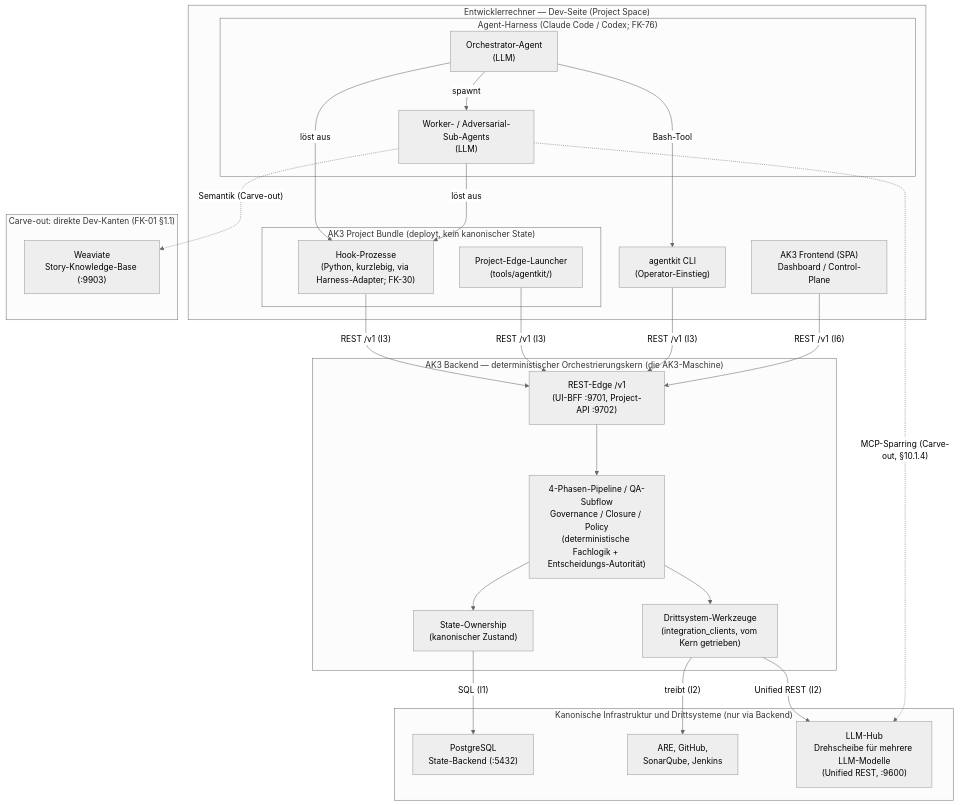
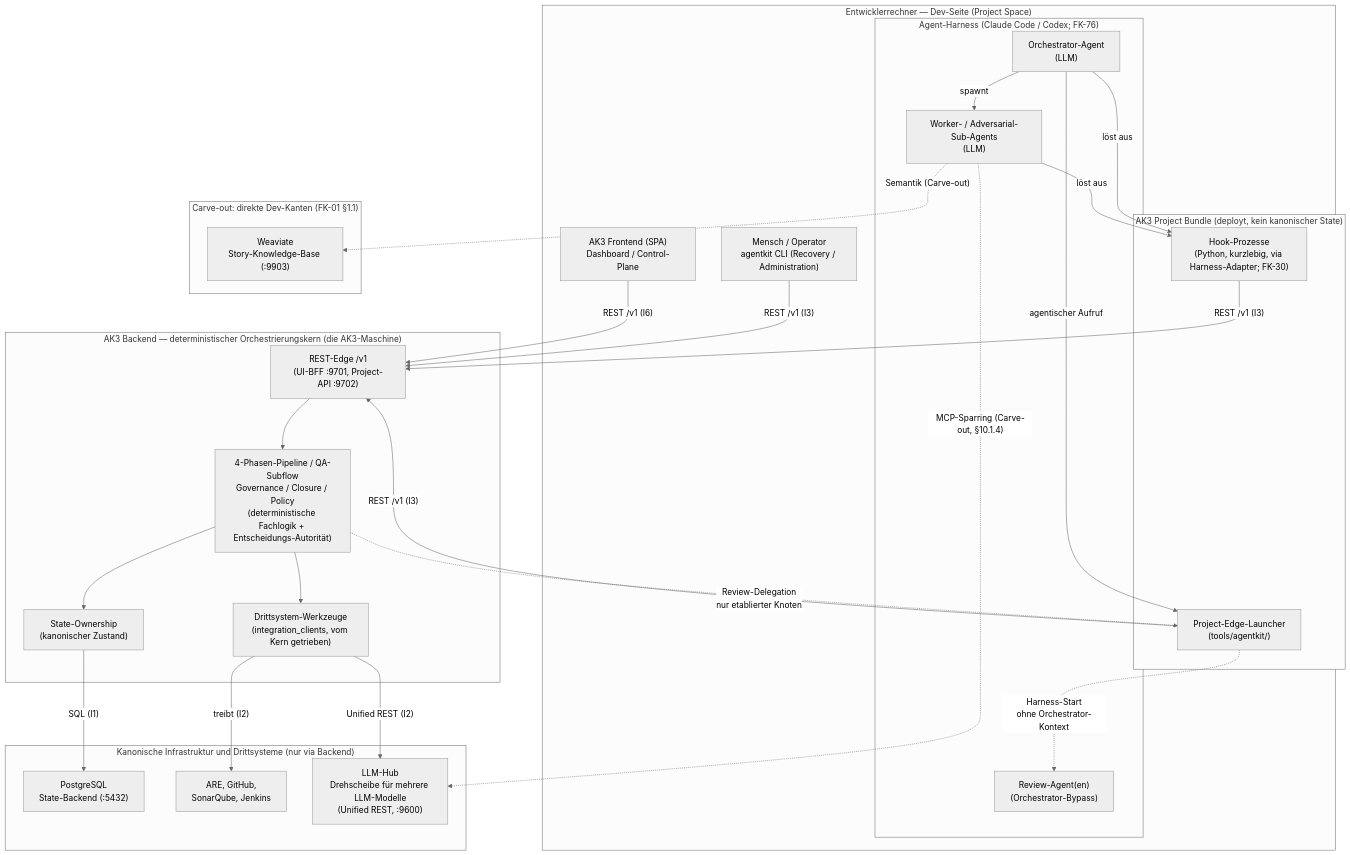
The first of 3 diagrams in concept/technical-design/10_runtime_deployment_speicher.md (saltenhof/claude-agentkit3), drawn with Mermaid (neutral theme) before and after one commit. The commit also changed other lines of this file and 365 other files, not shown here.

````diff
--- a/concept/technical-design/10_runtime_deployment_speicher.md
+++ b/concept/technical-design/10_runtime_deployment_speicher.md
@@ -118,52 +118,50 @@
 ```mermaid
 graph TB
     subgraph DEV["Entwicklerrechner — Dev-Seite (Project Space)"]
         subgraph BUNDLE["AK3 Project Bundle (deployt, kein kanonischer State)"]
             HOOKS["Hook-Prozesse<br/>(Python, kurzlebig, via Harness-Adapter; FK-30)"]
             EDGE["Project-Edge-Launcher<br/>(tools/agentkit/)"]
         end
         subgraph HARNESS["Agent-Harness (Claude Code / Codex; FK-76)"]
             ORCH["Orchestrator-Agent<br/>(LLM)"]
             SUBAGENTS["Worker- / Adversarial-Sub-Agents<br/>(LLM)"]
+            REVIEW["Review-Agent(en)<br/>(Orchestrator-Bypass)"]
         end
-        CLI["agentkit CLI<br/>(Operator-Einstieg)"]
+        CLI["Mensch / Operator<br/>agentkit CLI (Recovery / Administration)"]
         UI["AK3 Frontend (SPA)<br/>Dashboard / Control-Plane"]
     end
 
     subgraph CENTRAL["AK3 Backend — deterministischer Orchestrierungskern (die AK3-Maschine)"]
         CORE["4-Phasen-Pipeline / QA-Subflow<br/>Governance / Closure / Policy<br/>(deterministische Fachlogik + Entscheidungs-Autorität)"]
         STATEOWN["State-Ownership<br/>(kanonischer Zustand)"]
         ADAPT["Drittsystem-Werkzeuge<br/>(integration_clients, vom Kern getrieben)"]
         REST["REST-Edge /v1<br/>(UI-BFF :9701, Project-API :9702)"]
         REST --> CORE
         CORE --> STATEOWN
         CORE --> ADAPT
     end
-
     subgraph INFRA["Kanonische Infrastruktur und Drittsysteme (nur via Backend)"]
         PG["PostgreSQL<br/>State-Backend (:5432)"]
         TP["ARE, GitHub,<br/>SonarQube, Jenkins"]
         HUB["LLM-Hub<br/>Drehscheibe für mehrere LLM-Modelle<br/>(Unified REST, :9600)"]
     end
-
     subgraph DIRECT["Carve-out: direkte Dev-Kanten (FK-01 §1.1)"]
         WEAVIATE["Weaviate<br/>Story-Knowledge-Base (:9903)"]
     end
 
     ORCH -->|"spawnt"| SUBAGENTS
     ORCH -->|"löst aus"| HOOKS
     SUBAGENTS -->|"löst aus"| HOOKS
-    ORCH -->|"Bash-Tool"| CLI
-
+    ORCH -->|"agentischer Aufruf"| EDGE
     HOOKS -->|"REST /v1 (I3)"| REST
     EDGE -->|"REST /v1 (I3)"| REST
     CLI -->|"REST /v1 (I3)"| REST
     UI -->|"REST /v1 (I6)"| REST
-
+    CORE -.->|"Review-Delegation<br/>nur etablierter Knoten"| EDGE
+    EDGE -.->|"Harness-Start<br/>ohne Orchestrator-Kontext"| REVIEW
     STATEOWN -->|"SQL (I1)"| PG
     ADAPT -->|"treibt (I2)"| TP
     ADAPT -->|"Unified REST (I2)"| HUB
-
     SUBAGENTS -.->|"Semantik (Carve-out)"| WEAVIATE
     SUBAGENTS -.->|"MCP-Sparring (Carve-out, §10.1.4)"| HUB
 ```
````
